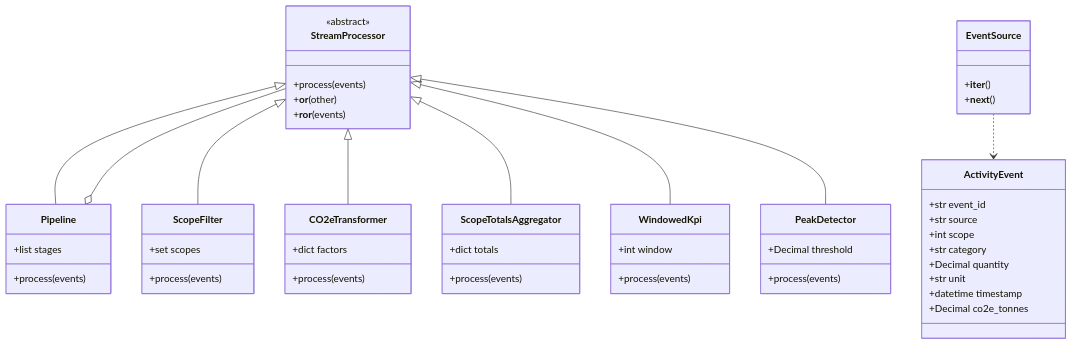
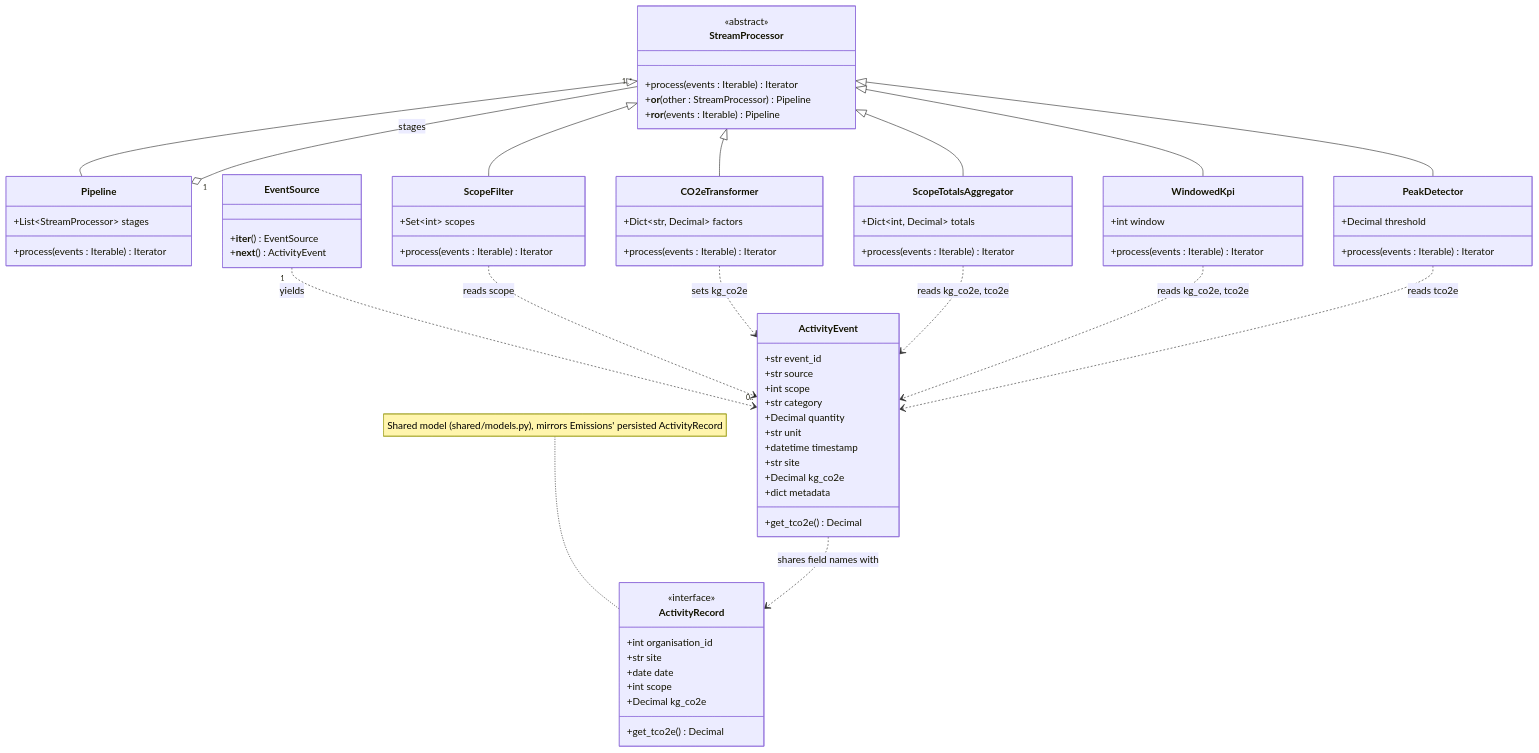
The first of 2 diagrams in README.md (g-perez-fh/cpc-carbondesk), drawn with Mermaid before and after one commit. The commit also changed other lines of this file and 11 other files, not shown here.

Commit message:
refactor(stream): adopt shared ActivityRecord data model and UML fixes

````diff
--- a/README.md
+++ b/README.md
@@ -319,55 +328,75 @@
 ```mermaid
 classDiagram
     class ActivityEvent {
         +str event_id
         +str source
         +int scope
         +str category
         +Decimal quantity
         +str unit
         +datetime timestamp
-        +Decimal co2e_tonnes
+        +str site
+        +Decimal kg_co2e
+        +dict metadata
+        +get_tco2e() Decimal
     }
     class StreamProcessor {
         <<abstract>>
-        +process(events)
-        +__or__(other)
-        +__ror__(events)
+        +process(events : Iterable) Iterator
+        +__or__(other : StreamProcessor) Pipeline
+        +__ror__(events : Iterable) Pipeline
     }
     class Pipeline {
-        +list stages
-        +process(events)
+        +List~StreamProcessor~ stages
+        +process(events : Iterable) Iterator
     }
     class EventSource {
-        +__iter__()
-        +__next__()
+        +__iter__() EventSource
+        +__next__() ActivityEvent
     }
     class ScopeFilter {
-        +set scopes
-        +process(events)
+        +Set~int~ scopes
+        +process(events : Iterable) Iterator
     }
     class CO2eTransformer {
-        +dict factors
-        +process(events)
+        +Dict~str, Decimal~ factors
+        +process(events : Iterable) Iterator
     }
     class ScopeTotalsAggregator {
-        +dict totals
-        +process(events)
+        +Dict~int, Decimal~ totals
+        +process(events : Iterable) Iterator
     }
     class WindowedKpi {
         +int window
-        +process(events)
+        +process(events : Iterable) Iterator
     }
     class PeakDetector {
         +Decimal threshold
-        +process(events)
+        +process(events : Iterable) Iterator
     }
+    class ActivityRecord {
+        <<interface>>
+        +int organisation_id
+        +str site
+        +date date
+        +int scope
+        +Decimal kg_co2e
+        +get_tco2e() Decimal
+    }
+
     StreamProcessor <|-- Pipeline
     StreamProcessor <|-- ScopeFilter
     StreamProcessor <|-- CO2eTransformer
     StreamProcessor <|-- ScopeTotalsAggregator
     StreamProcessor <|-- WindowedKpi
     StreamProcessor <|-- PeakDetector
-    Pipeline o-- StreamProcessor
-    EventSource ..> ActivityEvent
+    Pipeline "1" o-- "1..*" StreamProcessor : stages
+    EventSource "1" ..> "0..*" ActivityEvent : yields
+    ScopeFilter ..> ActivityEvent : reads scope
+    CO2eTransformer ..> ActivityEvent : sets kg_co2e
+    ScopeTotalsAggregator ..> ActivityEvent : reads kg_co2e, tco2e
+    WindowedKpi ..> ActivityEvent : reads kg_co2e, tco2e
+    PeakDetector ..> ActivityEvent : reads tco2e
+    ActivityEvent ..> ActivityRecord : shares field names with
+    note for ActivityRecord "Shared model (shared/models.py), mirrors Emissions' persisted ActivityRecord"
 ```
````
